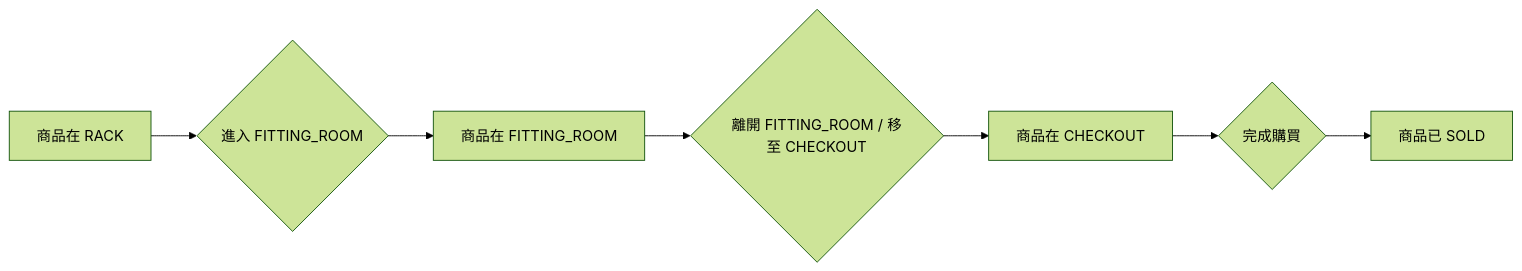
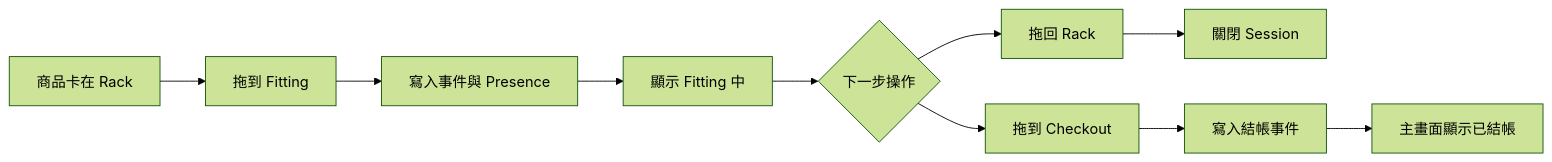
Before and after one commit to shawnchh-beep/rfid-fitting-room-poc: the diagram in plans/web_development_plan.md, drawn with Mermaid (forest theme). The commit also changed other lines of this file and 77 other files, not shown here.

````diff
--- a/plans/web_development_plan.md
+++ b/plans/web_development_plan.md
@@ -7,9 +16,12 @@
 ```mermaid
-graph LR
-    A[商品在 RACK] --> B{進入 FITTING_ROOM};
-    B --> C[商品在 FITTING_ROOM];
-    C --> D{離開 FITTING_ROOM / 移至 CHECKOUT};
-    D --> E[商品在 CHECKOUT];
-    E --> F{完成購買};
-    F --> G[商品已 SOLD];
+flowchart LR
+    A[商品卡在 Rack] --> B[拖到 Fitting]
+    B --> C[寫入事件與 Presence]
+    C --> D[顯示 Fitting 中]
+    D --> E{下一步操作}
+    E --> F[拖回 Rack]
+    F --> G[關閉 Session]
+    E --> H[拖到 Checkout]
+    H --> I[寫入結帳事件]
+    I --> J[主畫面顯示已結帳]
 ```
````
